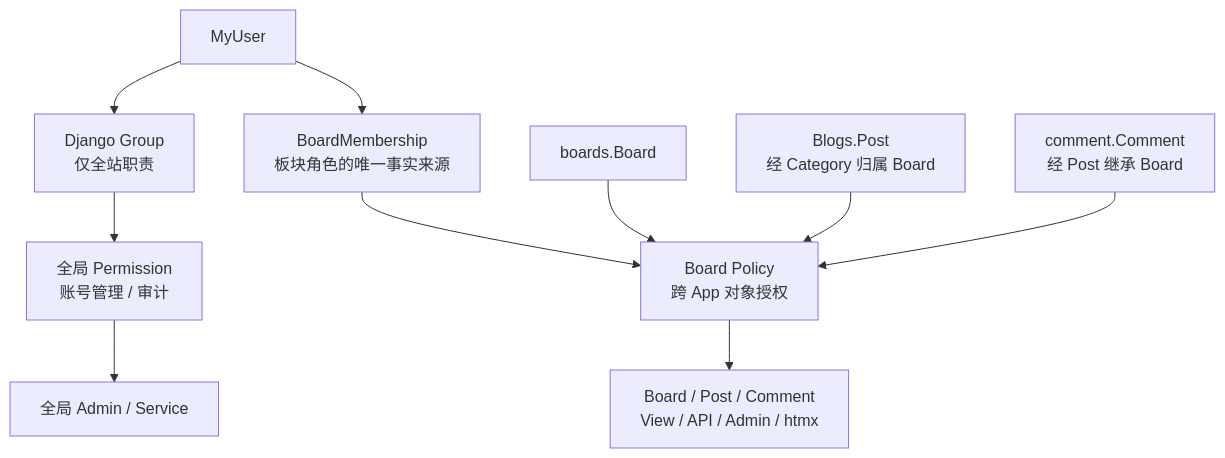
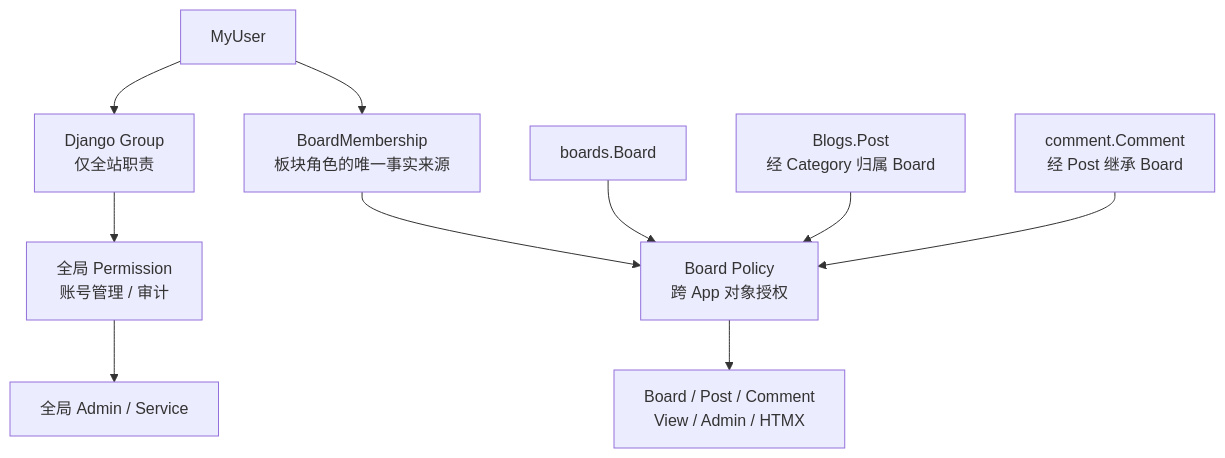
One commit to se-veN714/PowerAdapterBlogs changed the first of 6 diagrams in accounts/PERMISSIONS_GUIDE.md. Above: the diagram before and after it, drawn with Mermaid. The commit also changed other lines of this file and 18 other files, not shown here.

````diff
--- a/accounts/PERMISSIONS_GUIDE.md
+++ b/accounts/PERMISSIONS_GUIDE.md
@@ -34,12 +34,12 @@
 ```mermaid
 flowchart TD
     USER["MyUser"] --> GROUP["Django Group<br/>仅全站职责"]
     USER --> MEMBERSHIP["BoardMembership<br/>板块角色的唯一事实来源"]
     GROUP --> GLOBAL["全局 Permission<br/>账号管理 / 审计"]
     MEMBERSHIP --> POLICY["Board Policy<br/>跨 App 对象授权"]
     BOARD["boards.Board"] --> POLICY
     POST["Blogs.Post<br/>经 Category 归属 Board"] --> POLICY
     COMMENT["comment.Comment<br/>经 Post 继承 Board"] --> POLICY
     GLOBAL --> ENTRY["全局 Admin / Service"]
-    POLICY --> ENTRY2["Board / Post / Comment<br/>View / API / Admin / htmx"]
+    POLICY --> ENTRY2["Board / Post / Comment<br/>View / Admin / HTMX"]
 ```
````
